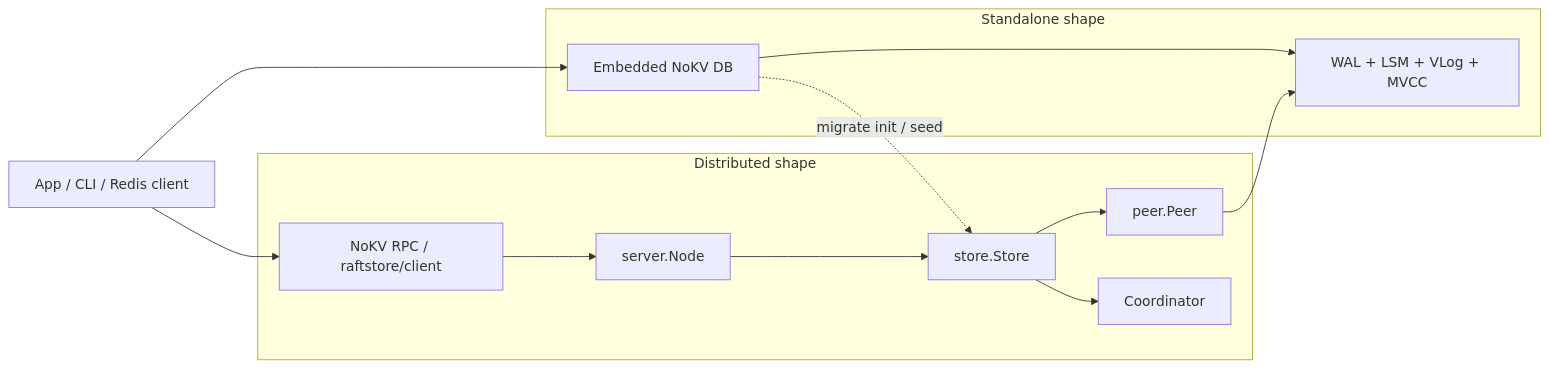
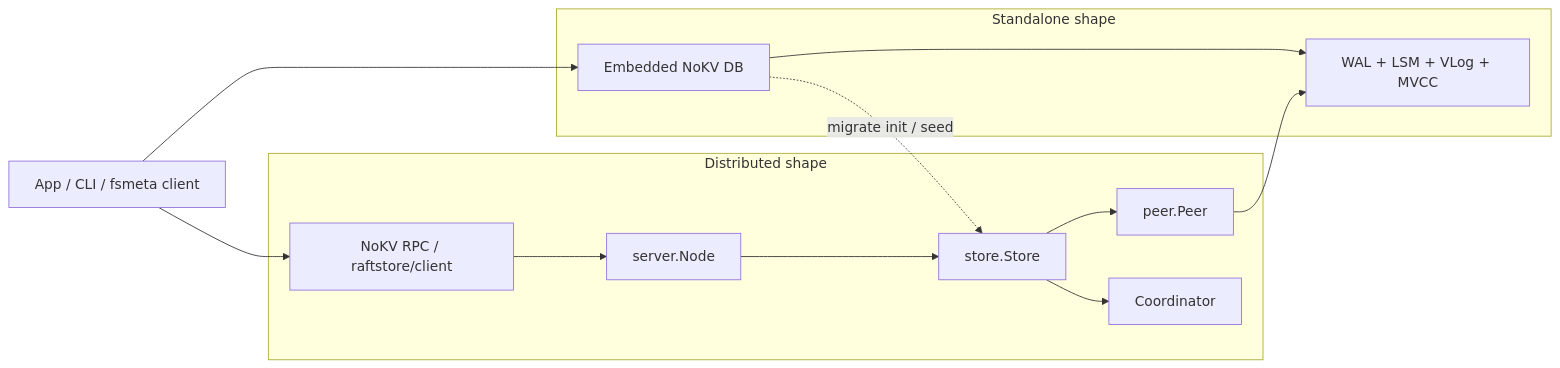
Before and after one commit to feichai0017/NoKV: the first of 2 diagrams in docs/architecture.md, drawn with Mermaid. The commit also changed 38 other files, not shown here.

````diff
--- a/docs/architecture.md
+++ b/docs/architecture.md
@@ -65,20 +65,20 @@
 ```mermaid
 flowchart LR
-    App["App / CLI / Redis client"]
+    App["App / CLI / fsmeta client"]
     App --> Embedded["Embedded NoKV DB"]
     App --> RPC["NoKV RPC / raftstore/client"]
 
     subgraph "Standalone shape"
         Embedded --> Core["WAL + LSM + VLog + MVCC"]
     end
 
     subgraph "Distributed shape"
         RPC --> Server["server.Node"]
         Server --> Store["store.Store"]
         Store --> Peer["peer.Peer"]
         Peer --> Core
         Store --> Coordinator["Coordinator"]
     end
 
     Embedded -. migrate init / seed .-> Store
 ```
````
